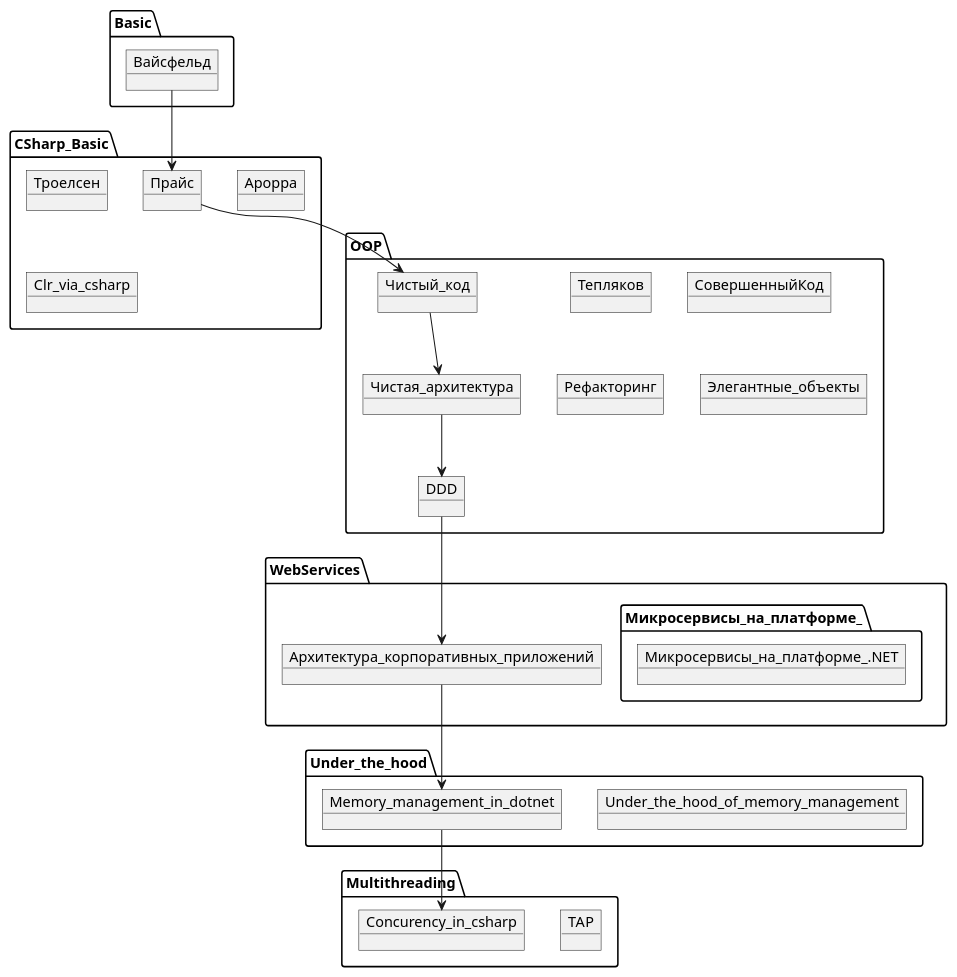
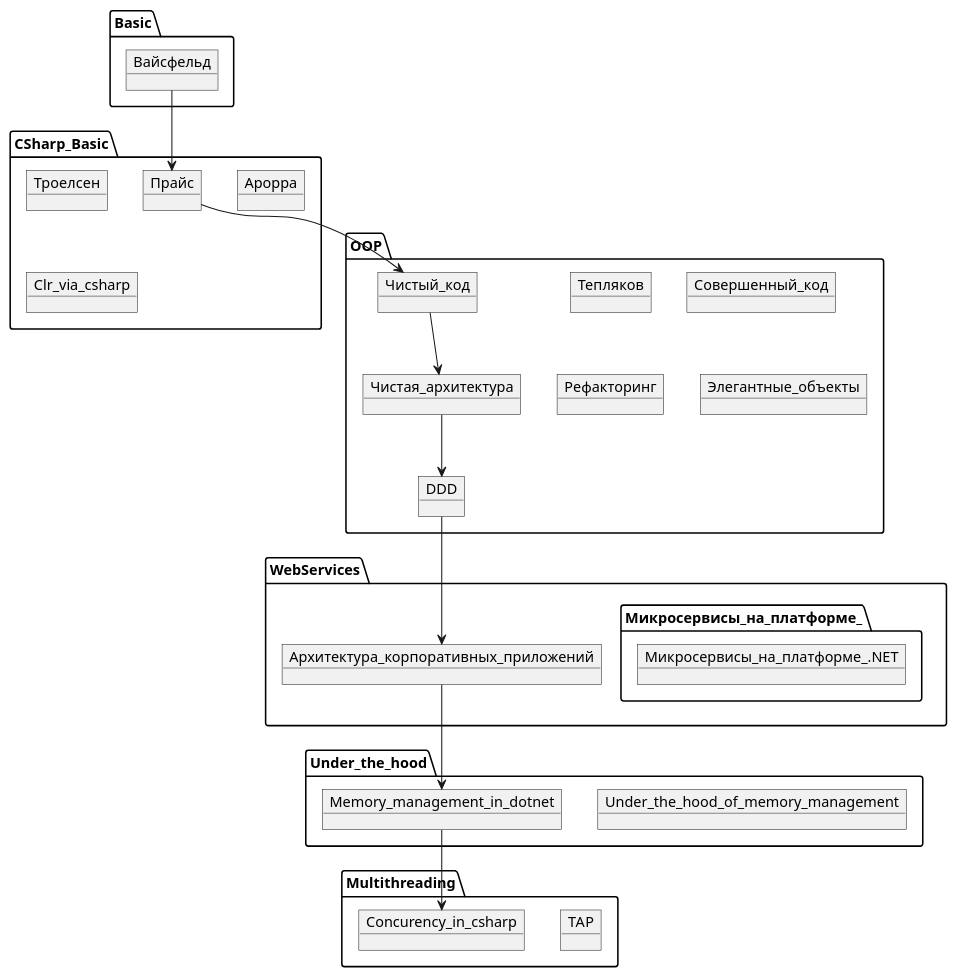
Before and after one commit to kysect/Main: the diagram in material/Book-guide.puml, drawn with PlantUML.

```diff
--- a/material/Book-guide.puml
+++ b/material/Book-guide.puml
@@ -1,47 +1,47 @@
 @startuml
 
 package Basic {
     object Вайсфельд
 }
 
 package CSharp_Basic {
     object Троелсен
     object Прайс
     object Арорра
     object Clr_via_csharp
 }
 
 package OOP {
     object Чистый_код
     object Тепляков
-    object СовершенныйКод
+    object Совершенный_код
     object Рефакторинг
     object DDD
     object Элегантные_объекты
     object Чистая_архитектура
 }
 
 package WebServices {
     object Архитектура_корпоративных_приложений
     object Микросервисы_на_платформе_.NET
 }
 
 package Under_the_hood {
     object Under_the_hood_of_memory_management
     object Memory_management_in_dotnet
 }
 
 package Multithreading {
     object TAP
     object Concurency_in_csharp
 }
 
 Вайсфельд --> Прайс
 Прайс --> Чистый_код
 Чистый_код --> Чистая_архитектура
 Чистая_архитектура --> DDD
 DDD --> Архитектура_корпоративных_приложений
 Архитектура_корпоративных_приложений --> Memory_management_in_dotnet
 Memory_management_in_dotnet --> Concurency_in_csharp
 
 @enduml
```
